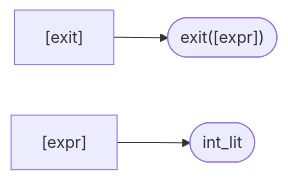
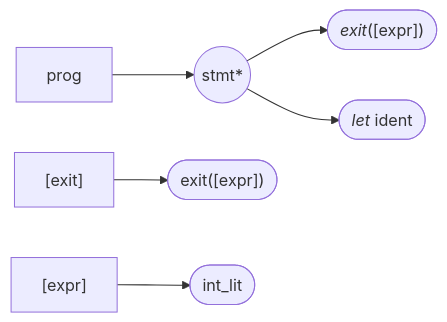
Before and after one commit to nikkehtine/hydrogen: the diagram in docs/grammar.md, drawn with Mermaid. The commit also changed 4 other files, not shown here.

````diff
--- a/docs/grammar.md
+++ b/docs/grammar.md
@@ -1,5 +1,10 @@
 ```mermaid
 graph LR
+E["prog"] --> S(("stmt*"))
+
+S --> exit(["<i>exit</i>([expr])"])
+S --> let(["<i>let</i> ident"])
+
 A["[exit]"] --> B(["exit([expr])"])
 C["[expr]"] --> D(["int_lit"])
 ```
````
